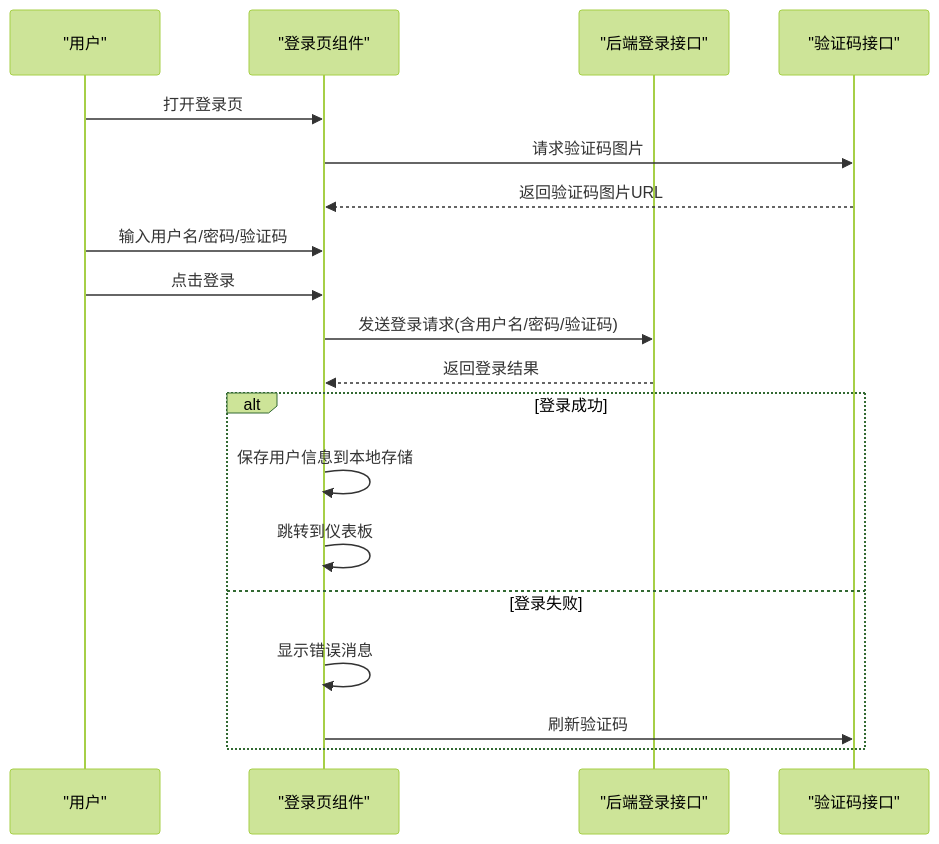
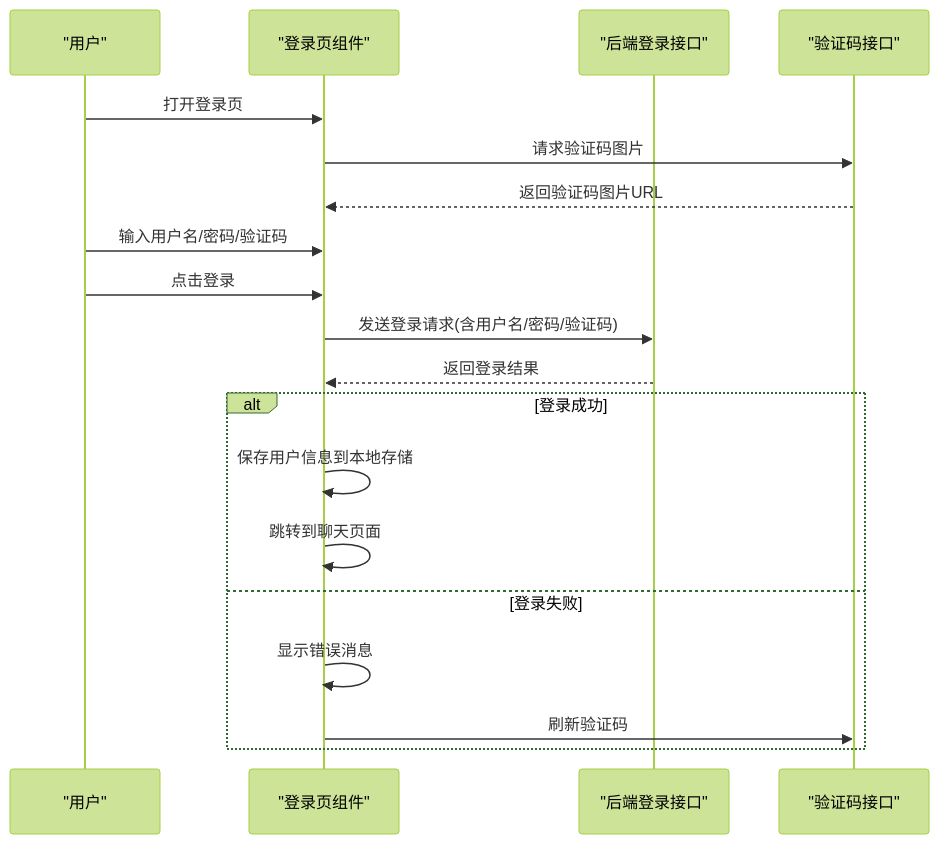
One commit to ghbbn053-ship-itsoulddog/soulddog changed the fourth of 12 diagrams in .qoder/repowiki/zh/content/前端应用文档/前端应用文档.md. Above: the diagram before and after it, drawn with Mermaid (forest theme). The commit also changed other lines of this file and 119 other files, not shown here.

````diff
--- a/.qoder/repowiki/zh/content/前端应用文档/前端应用文档.md
+++ b/.qoder/repowiki/zh/content/前端应用文档/前端应用文档.md
@@ -168,21 +238,21 @@
 ```mermaid
 sequenceDiagram
 participant U as "用户"
 participant P as "登录页组件"
 participant API as "后端登录接口"
 participant CAP as "验证码接口"
 U->>P : 打开登录页
 P->>CAP : 请求验证码图片
 CAP-->>P : 返回验证码图片URL
 U->>P : 输入用户名/密码/验证码
 U->>P : 点击登录
 P->>API : 发送登录请求(含用户名/密码/验证码)
 API-->>P : 返回登录结果
 alt 登录成功
 P->>P : 保存用户信息到本地存储
-P->>P : 跳转到仪表板
+P->>P : 跳转到聊天页面
 else 登录失败
 P->>P : 显示错误消息
 P->>CAP : 刷新验证码
 end
 ```
````
